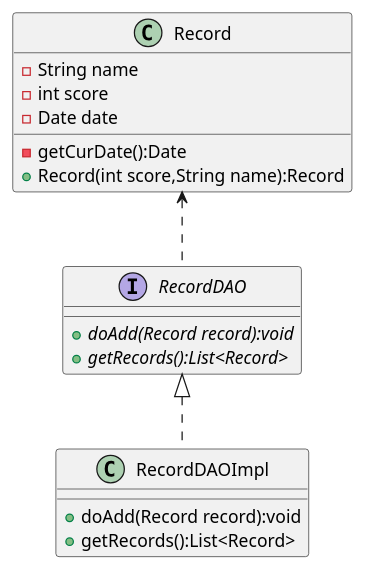
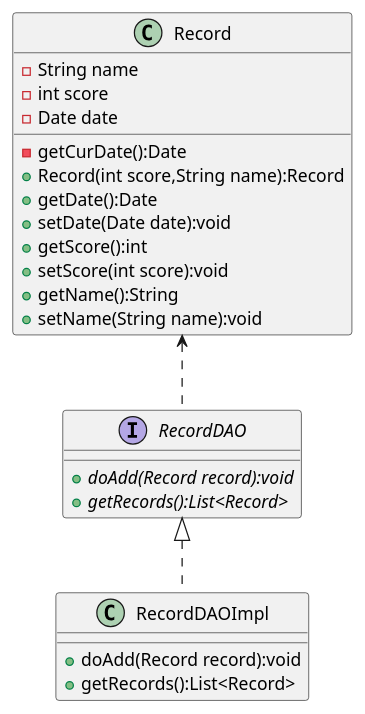
Before and after one commit to CNCSMonster/AircraftWar-base: the diagram in uml/数据访问对象模式.puml, drawn with PlantUML. The commit also changed 2 other files, not shown here.

```diff
--- a/uml/数据访问对象模式.puml
+++ b/uml/数据访问对象模式.puml
@@ -1,33 +1,39 @@
 @startuml
 
 interface RecordDAO {
     +{abstract} doAdd(Record record):void
     +{abstract} getRecords():List<Record>
 }
 
 class RecordDAOImpl {
     +doAdd(Record record):void
     +getRecords():List<Record>
 }
 
 class Record {
     -String name
     -int score
     -Date date
 
     -getCurDate():Date
     +Record(int score,String name):Record
+    +getDate():Date
+    +setDate(Date date):void
+    +getScore():int
+    +setScore(int score):void
+    +getName():String
+    +setName(String name):void
 }
 
 '数据访问对象接口依赖于数据对象
 Record <.. RecordDAO
 
 'RecordEAOImpl实现了RecordDAO接口
 RecordDAO <|.. RecordDAOImpl
 
 
 
 
 
 
 @enduml
```
